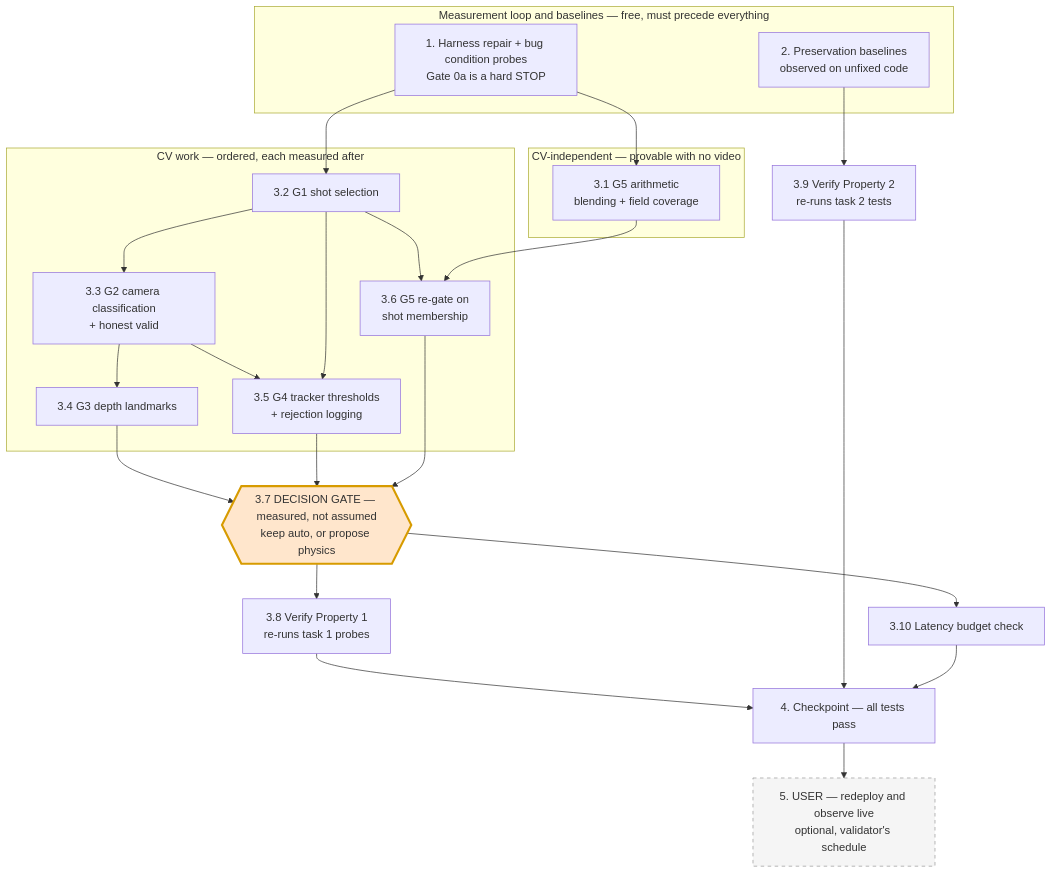
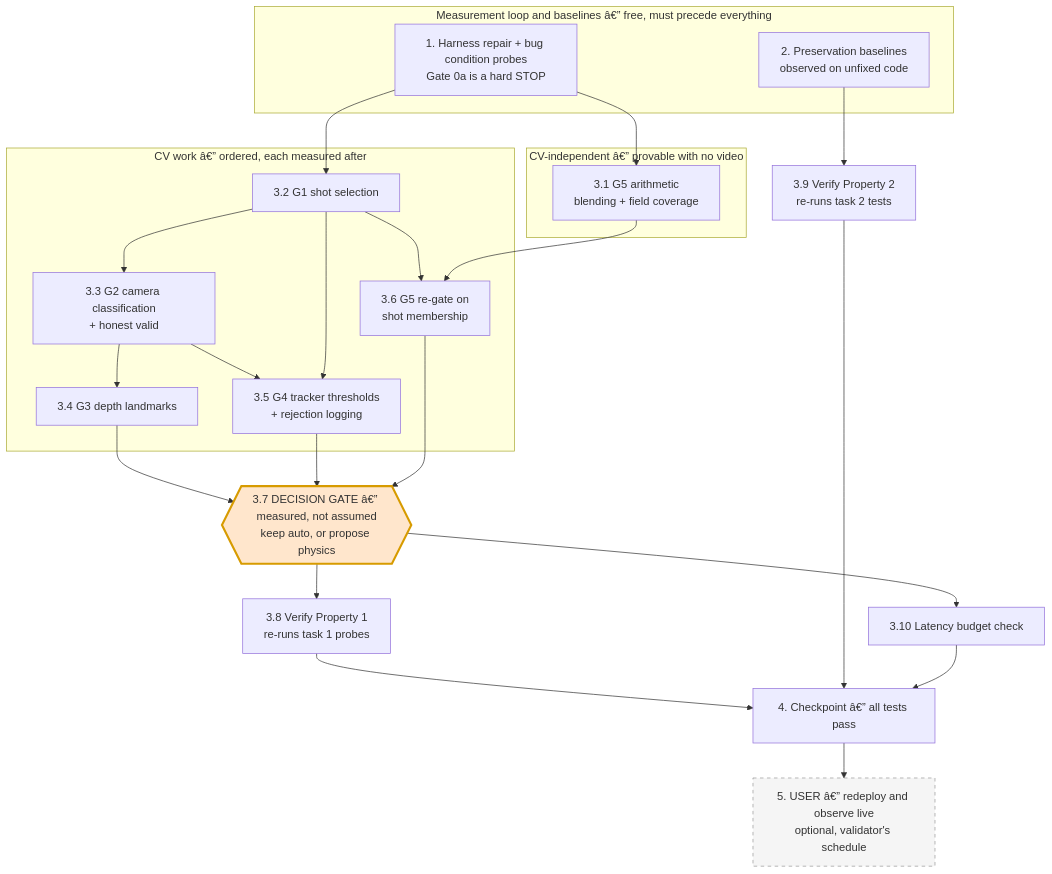
One commit to fapulito/ibmbob changed the diagram in .kiro/specs/cricket-prediction-accuracy/tasks.md. Above: the diagram before and after it, drawn with Mermaid. The commit also changed other lines of this file and 2 other files, not shown here.

````diff
--- a/.kiro/specs/cricket-prediction-accuracy/tasks.md
+++ b/.kiro/specs/cricket-prediction-accuracy/tasks.md
@@ -35,51 +35,51 @@
 ```mermaid
 graph TD
-    subgraph MEASURE["Measurement loop and baselines — free, must precede everything"]
+    subgraph MEASURE["Measurement loop and baselines â€” free, must precede everything"]
         T1["1. Harness repair + bug condition probes<br/>Gate 0a is a hard STOP"]
         T2["2. Preservation baselines<br/>observed on unfixed code"]
     end
 
-    subgraph CVFREE["CV-independent — provable with no video"]
+    subgraph CVFREE["CV-independent â€” provable with no video"]
         T31["3.1 G5 arithmetic<br/>blending + field coverage"]
     end
 
-    subgraph CV["CV work — ordered, each measured after"]
+    subgraph CV["CV work â€” ordered, each measured after"]
         T32["3.2 G1 shot selection"]
         T33["3.3 G2 camera classification<br/>+ honest valid"]
         T34["3.4 G3 depth landmarks"]
         T35["3.5 G4 tracker thresholds<br/>+ rejection logging"]
         T36["3.6 G5 re-gate on<br/>shot membership"]
     end
 
-    T37{{"3.7 DECISION GATE — measured, not assumed<br/>keep auto, or propose physics"}}
+    T37{{"3.7 DECISION GATE â€” measured, not assumed<br/>keep auto, or propose physics"}}
 
     T38["3.8 Verify Property 1<br/>re-runs task 1 probes"]
     T39["3.9 Verify Property 2<br/>re-runs task 2 tests"]
     T310["3.10 Latency budget check"]
-    T4["4. Checkpoint — all tests pass"]
-    T5["5. USER — redeploy and observe live<br/>optional, validator's schedule"]
+    T4["4. Checkpoint â€” all tests pass"]
+    T5["5. USER â€” redeploy and observe live<br/>optional, validator's schedule"]
 
     T1 --> T31
     T1 --> T32
     T2 --> T39
     T32 --> T33
     T33 --> T34
     T33 --> T35
     T32 --> T35
     T32 --> T36
     T31 --> T36
     T34 --> T37
     T35 --> T37
     T36 --> T37
     T37 --> T38
     T37 --> T310
     T38 --> T4
     T39 --> T4
     T310 --> T4
     T4 --> T5
 
     classDef gate fill:#ffe6cc,stroke:#d79b00,stroke-width:3px
     classDef optional fill:#f5f5f5,stroke:#999999,stroke-dasharray: 5 5
     class T37 gate
     class T5 optional
 ```
````
